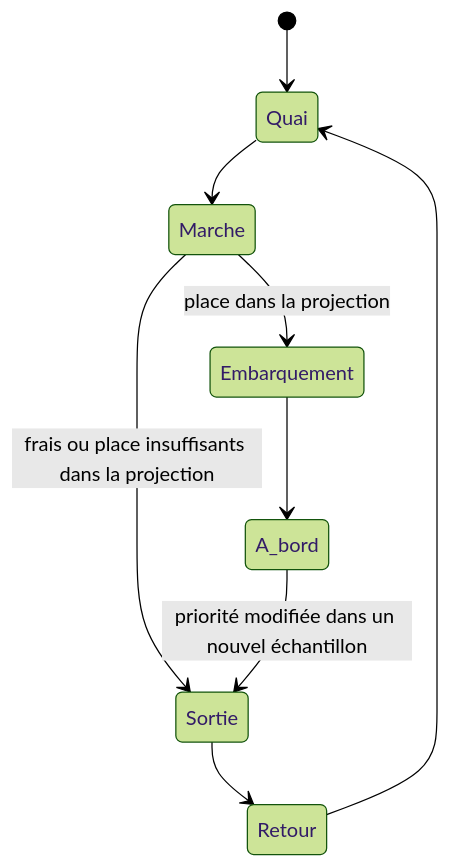
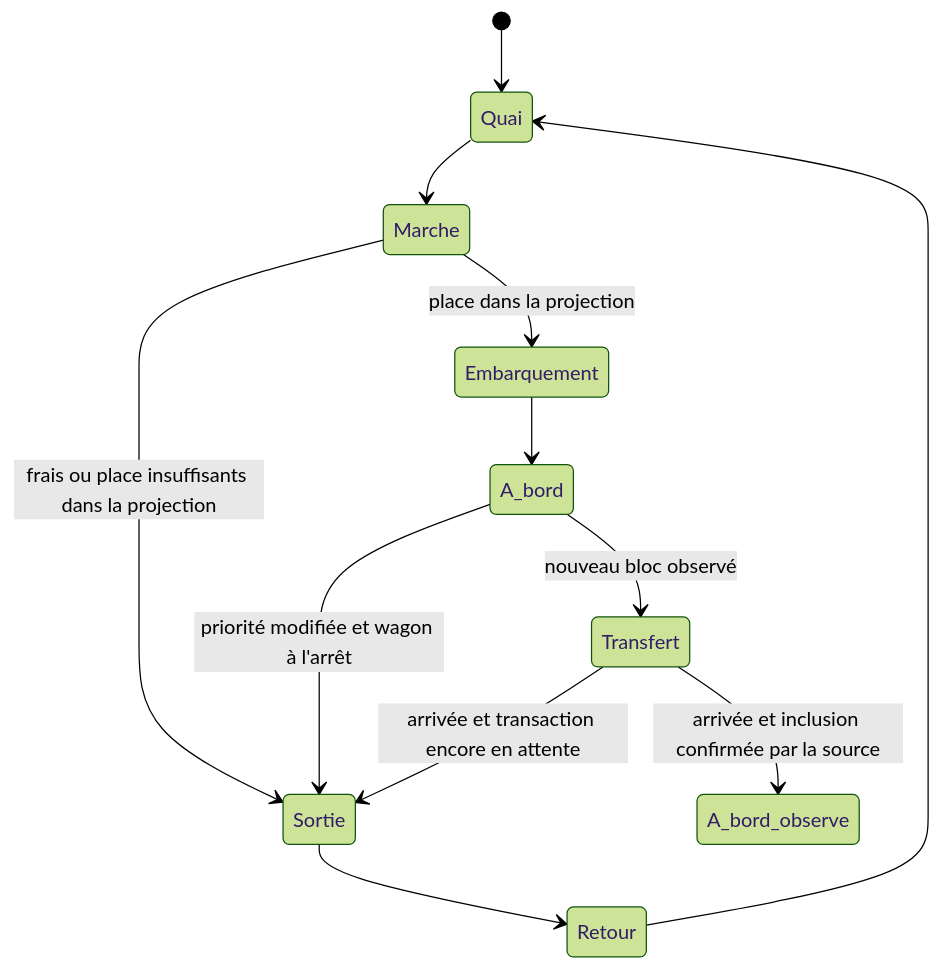
One commit to arnaud71/blocklane changed the diagram in docs/animation.md. Above: the diagram before and after it, drawn with Mermaid (forest theme). The commit also changed other lines of this file and 7 other files, not shown here.

````diff
--- a/docs/animation.md
+++ b/docs/animation.md
@@ -7,11 +7,14 @@
 ```mermaid
 stateDiagram-v2
     [*] --> Quai
     Quai --> Marche
     Marche --> Embarquement: place dans la projection
     Embarquement --> A_bord
     Marche --> Sortie: frais ou place insuffisants dans la projection
-    A_bord --> Sortie: priorité modifiée dans un nouvel échantillon
+    A_bord --> Sortie: priorité modifiée et wagon à l'arrêt
+    A_bord --> Transfert: nouveau bloc observé
+    Transfert --> A_bord_observe: arrivée et inclusion confirmée par la source
+    Transfert --> Sortie: arrivée et transaction encore en attente
     Sortie --> Retour
     Retour --> Quai
 ```
````
